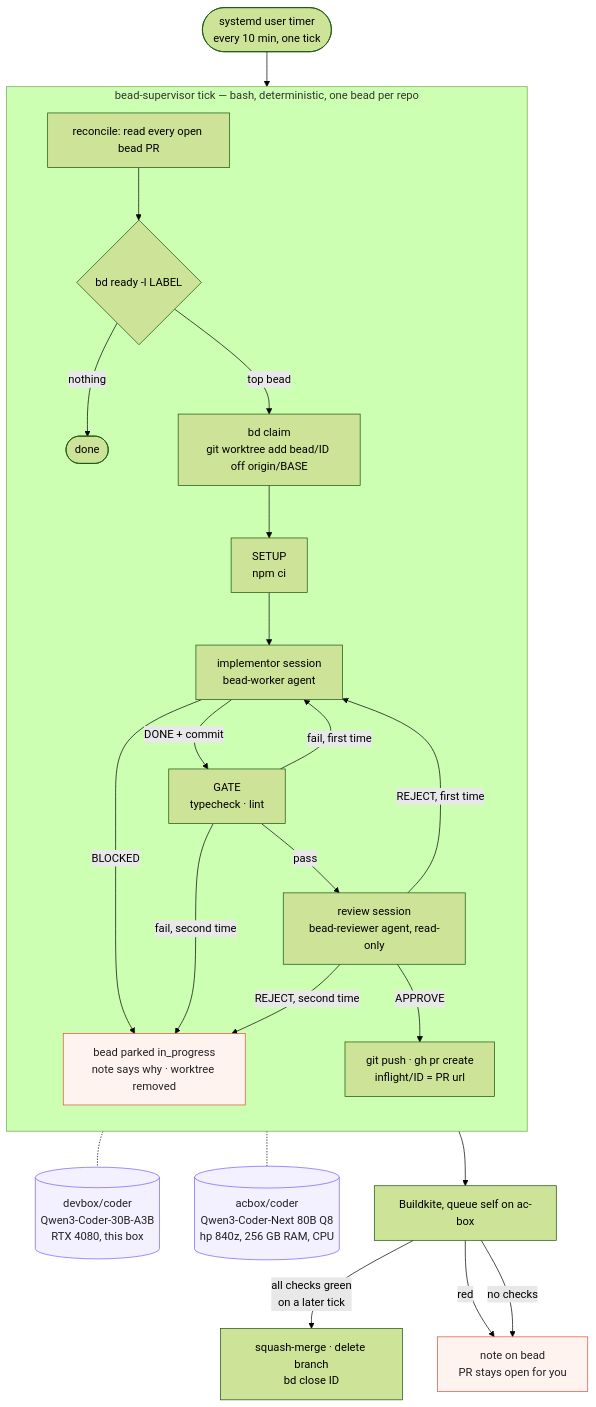
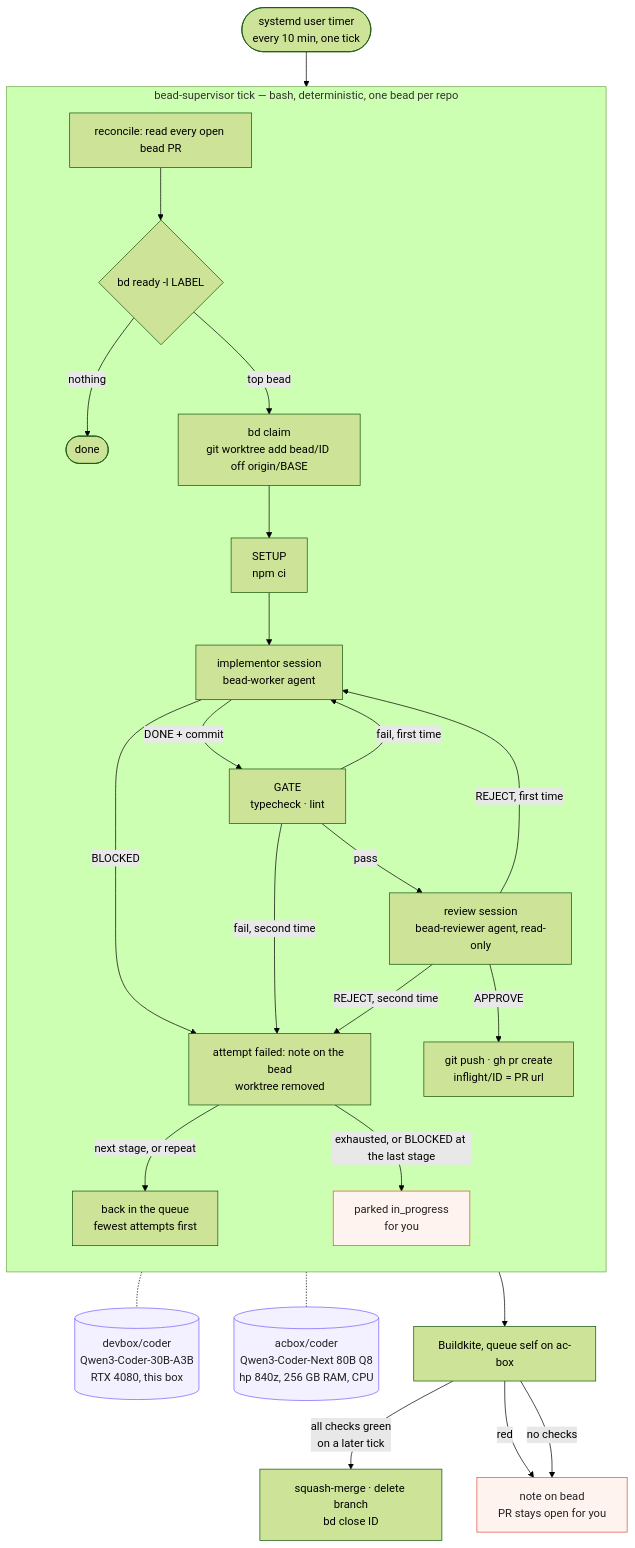
Before and after one commit to imkarrer/bead-loop: the diagram in docs/loop.mmd, drawn with Mermaid (forest theme). The commit also changed 4 other files, not shown here.

First line of the commit message:
Escalation: STAGES of worker:reviewer:attempts, failed attempts requeue with their notes

```diff
--- a/docs/loop.mmd
+++ b/docs/loop.mmd
@@ -1,32 +1,34 @@
 flowchart TD
   T([systemd user timer<br/>every 10 min, one tick]) --> R
 
   subgraph tick [bead-supervisor tick — bash, deterministic, one bead per repo]
     direction TB
     R[reconcile: read every open bead PR] --> P{bd ready -l LABEL}
     P -- nothing --> Z([done])
     P -- top bead --> C[bd claim<br/>git worktree add bead/ID off origin/BASE]
     C --> U[SETUP<br/>npm ci]
     U --> W[implementor session<br/>bead-worker agent]
     W -- DONE + commit --> G[GATE<br/>typecheck · lint]
     W -- BLOCKED --> F
     G -- fail, first time --> W
     G -- fail, second time --> F
     G -- pass --> V[review session<br/>bead-reviewer agent, read-only]
     V -- REJECT, first time --> W
-    V -- REJECT, second time --> F[bead parked in_progress<br/>note says why · worktree removed]
+    V -- REJECT, second time --> F[attempt failed: note on the bead<br/>worktree removed]
+    F -- next stage, or repeat --> Q[back in the queue<br/>fewest attempts first]
+    F -- exhausted, or BLOCKED at the last stage --> H[parked in_progress<br/>for you]
     V -- APPROVE --> PR[git push · gh pr create<br/>inflight/ID = PR url]
   end
 
   W -.- GPU[(devbox/coder<br/>Qwen3-Coder-30B-A3B<br/>RTX 4080, this box)]
   V -.- CPU[(acbox/coder<br/>Qwen3-Coder-Next 80B Q8<br/>hp 840z, 256 GB RAM, CPU)]
 
   PR --> CI[Buildkite, queue self on ac-box]
   CI -- all checks green<br/>on a later tick --> M[squash-merge · delete branch<br/>bd close ID]
   CI -- red --> N[note on bead<br/>PR stays open for you]
   CI -- no checks --> N
 
   classDef model fill:#f3f0ff,stroke:#7c5cff,color:#222
   classDef stop fill:#fff3f0,stroke:#e0503c,color:#222
   class GPU,CPU model
-  class F,N stop
+  class H,N stop
```
